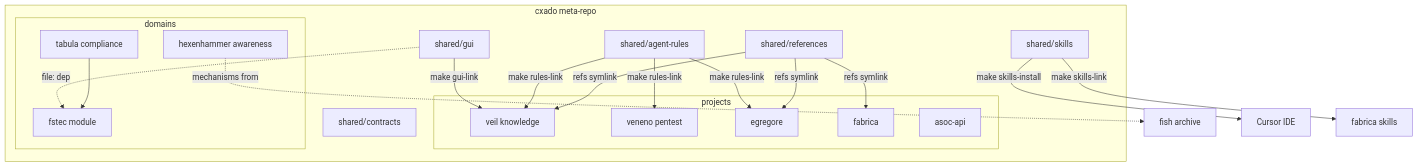
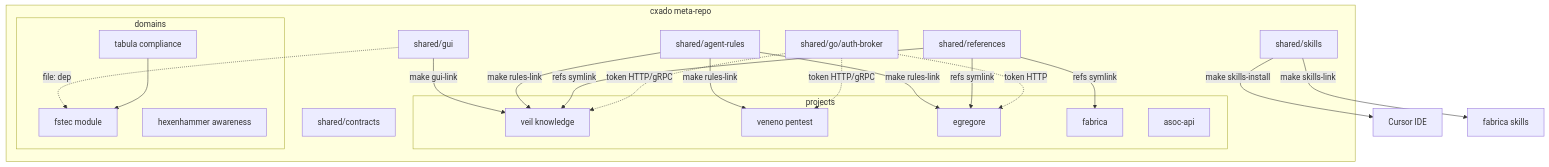
The first of 4 diagrams in docs/ecosystem-map.md (butbeautifulv/cxado), drawn with Mermaid before and after one commit. The commit also changed other lines of this file and 68 other files, not shown here.

First line of the commit message:
Add shared OAuth2 auth-broker and publish ecosystem catalog.

````diff
--- a/docs/ecosystem-map.md
+++ b/docs/ecosystem-map.md
@@ -5,36 +55,39 @@
 ```mermaid
 flowchart TB
   subgraph cxado [cxado meta-repo]
     RULES[shared/agent-rules]
     SKILLS[shared/skills]
     REFS[shared/references]
     CTR[shared/contracts]
     GUI[shared/gui]
+    AUTHBROKER[shared/go/auth-broker]
     subgraph projects [projects]
       VEIL[veil knowledge]
       VENENO[veneno pentest]
       AGI[egregore]
       CICD[fabrica]
       ASOC[asoc-api]
     end
     subgraph domains [domains]
       TABULA[tabula compliance]
       FSTEC[fstec module]
       HEX[hexenhammer awareness]
     end
   end
 
   GUI -->|make gui-link| VEIL
   GUI -.->|file: dep| FSTEC
   TABULA --> FSTEC
-  HEX -.->|mechanisms from| FISH[fish archive]
 
   RULES -->|make rules-link| VEIL
   RULES -->|make rules-link| VENENO
   RULES -->|make rules-link| AGI
   SKILLS -->|make skills-install| CURSOR[Cursor IDE]
   SKILLS -->|make skills-link| FAB[fabrica skills]
   REFS -->|refs symlink| VEIL
   REFS -->|refs symlink| CICD
   REFS -->|refs symlink| AGI
+  AUTHBROKER -.->|token HTTP/gRPC| VEIL
+  AUTHBROKER -.->|token HTTP/gRPC| VENENO
+  AUTHBROKER -.->|token HTTP| AGI
 ```
````
